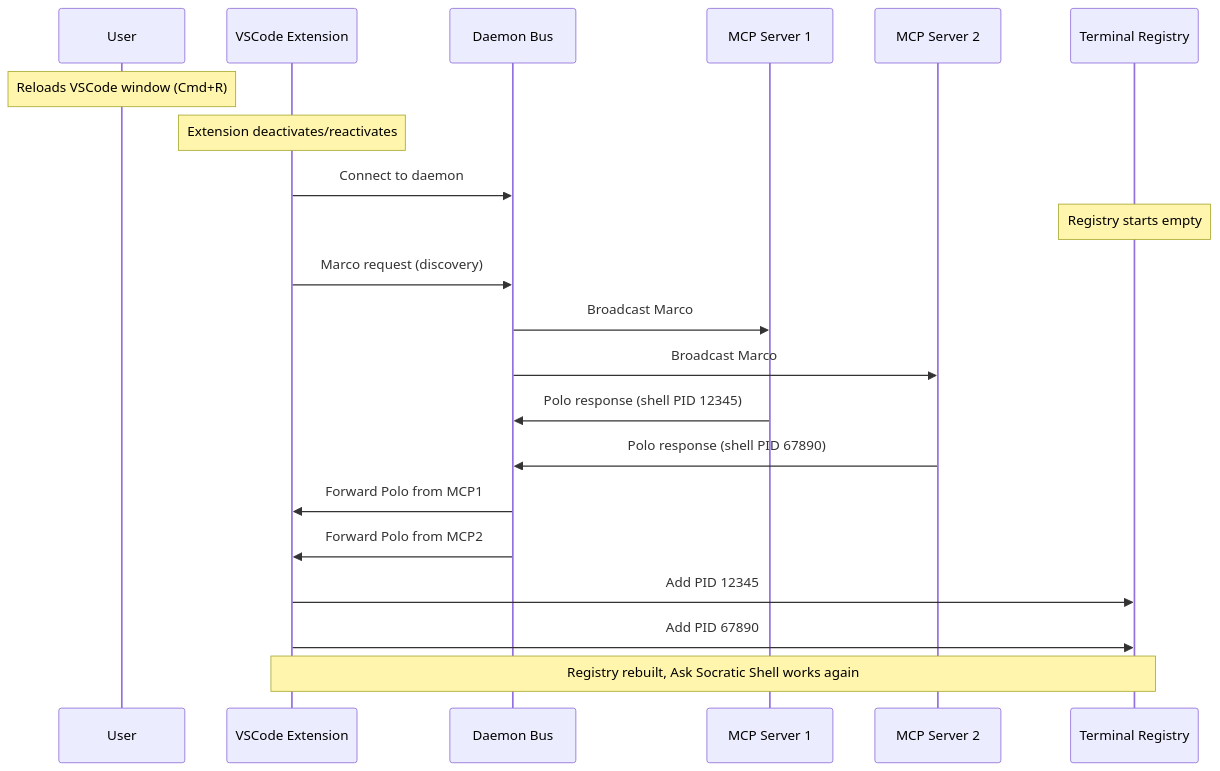
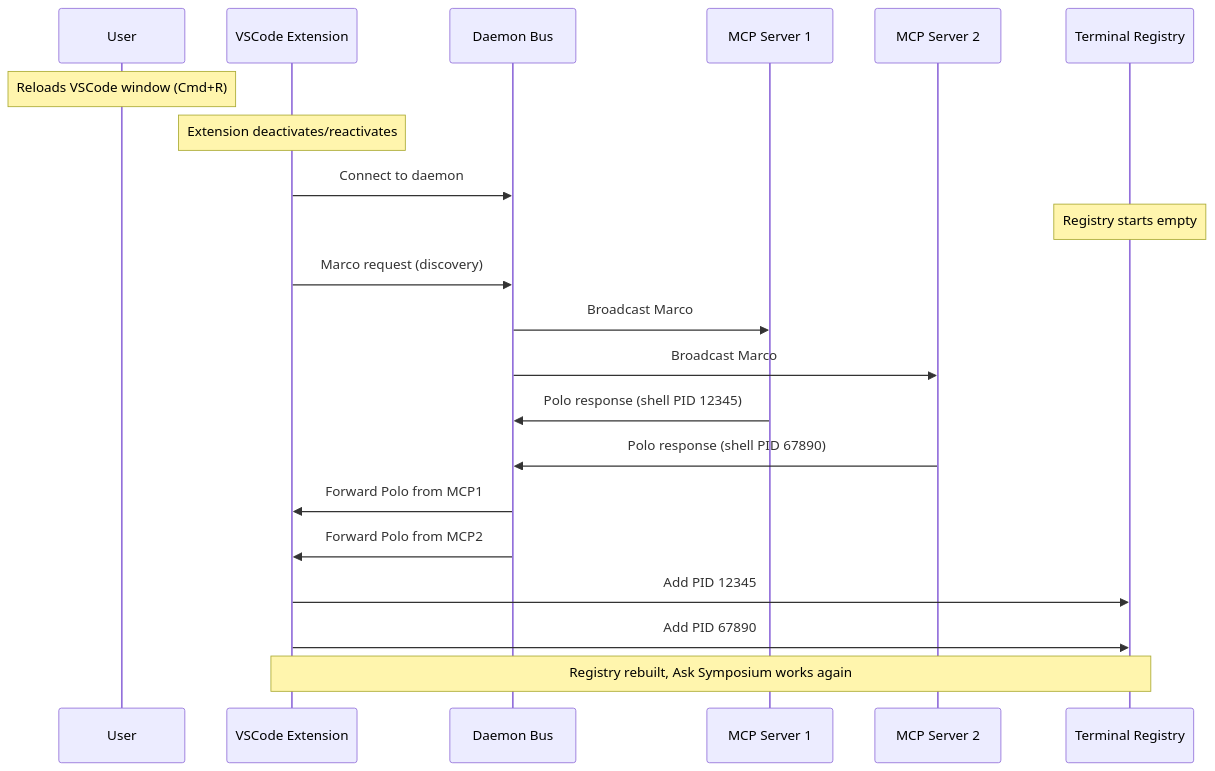
Before and after one commit to socratic-shell/symposium: the third of 4 diagrams in md/design/message-flows.md, drawn with Mermaid. The commit also changed other lines of this file and 28 other files, not shown here.

Commit message:
s/Socratic Shell/Symposium/

````diff
--- a/md/design/message-flows.md
+++ b/md/design/message-flows.md
@@ -74,30 +74,30 @@
 ```mermaid
 sequenceDiagram
     participant User
     participant Ext as VSCode Extension
     participant Daemon as Daemon Bus
     participant MCP1 as MCP Server 1
     participant MCP2 as MCP Server 2
     participant Registry as Terminal Registry
 
     Note over User: Reloads VSCode window (Cmd+R)
     Note over Ext: Extension deactivates/reactivates
     
     Ext->>Daemon: Connect to daemon
     Note over Registry: Registry starts empty
     
     Ext->>Daemon: Marco request (discovery)
     Daemon->>MCP1: Broadcast Marco
     Daemon->>MCP2: Broadcast Marco
     
     MCP1->>Daemon: Polo response (shell PID 12345)
     MCP2->>Daemon: Polo response (shell PID 67890)
     
     Daemon->>Ext: Forward Polo from MCP1
     Daemon->>Ext: Forward Polo from MCP2
     
     Ext->>Registry: Add PID 12345
     Ext->>Registry: Add PID 67890
     
-    Note over Ext,Registry: Registry rebuilt, Ask Socratic Shell works again
+    Note over Ext,Registry: Registry rebuilt, Ask Symposium works again
 ```
````
